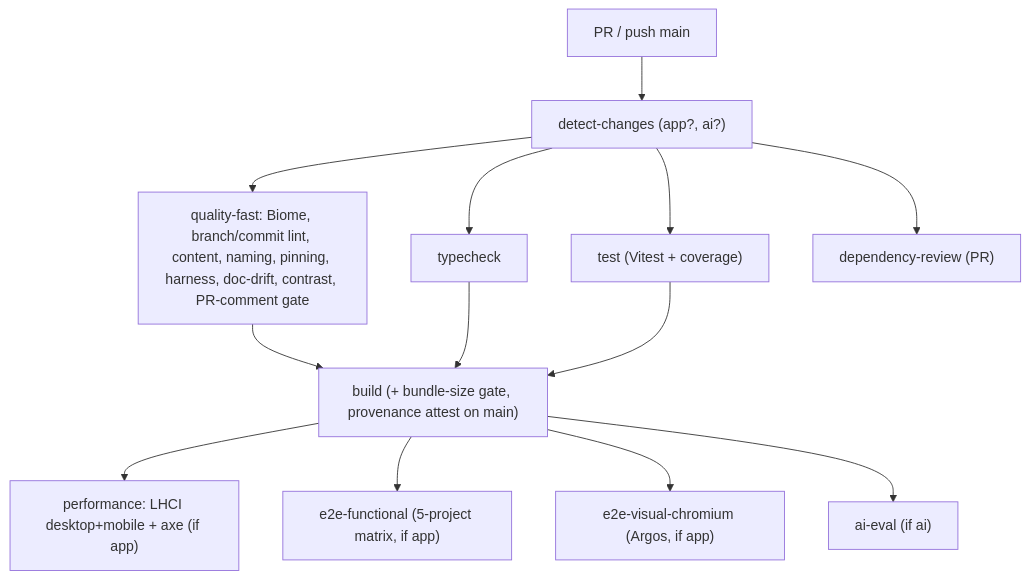
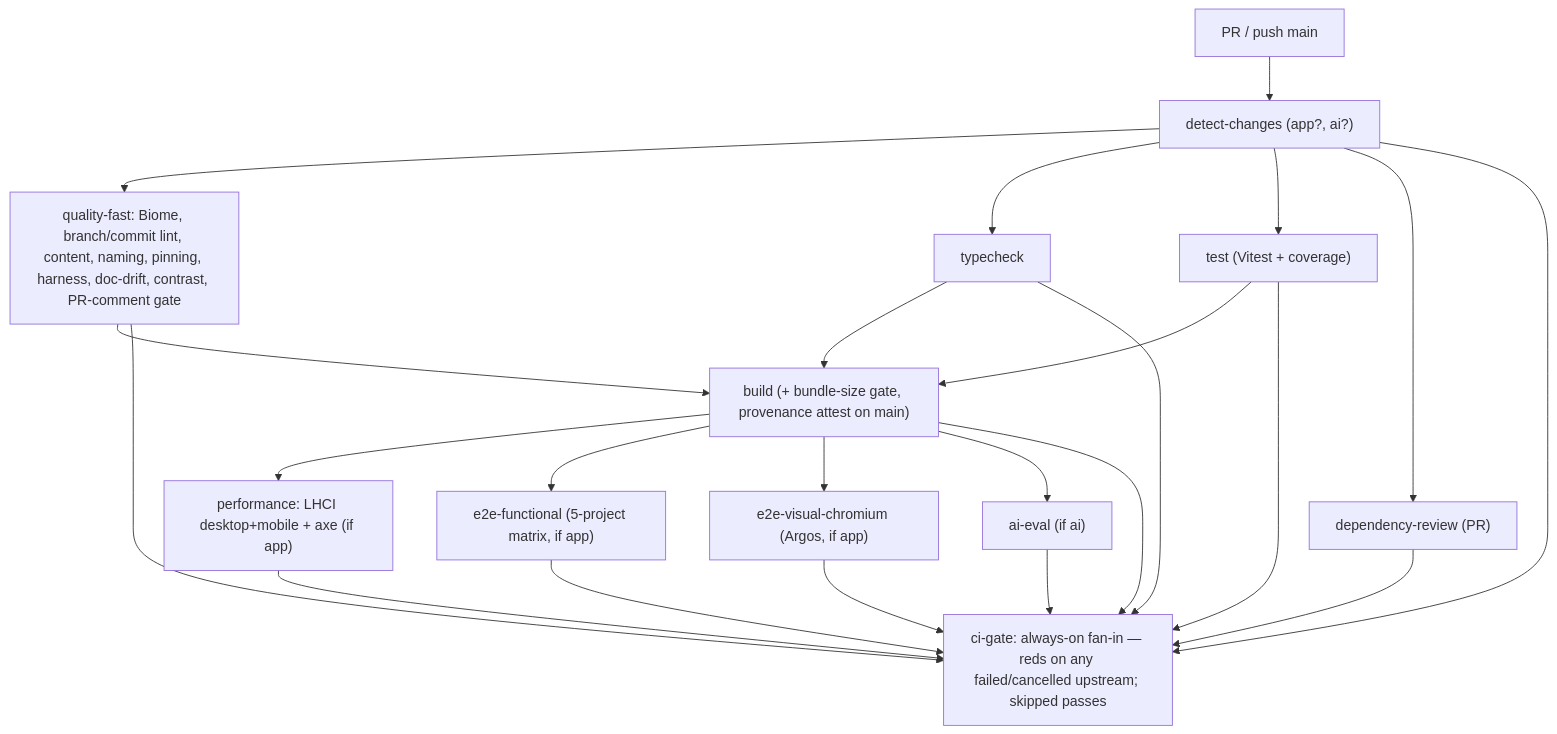
One commit to erikunha/portfolio changed the second of 2 diagrams in docs/07-workflows.md. Above: the diagram before and after it, drawn with Mermaid. The commit also changed other lines of this file and 2 other files, not shown here.

Commit message:
ci(gate): always-reporting ci-gate fan-in for required status checks (#184)

````diff
--- a/docs/07-workflows.md
+++ b/docs/07-workflows.md
@@ -74,15 +74,26 @@
 ```mermaid
 flowchart TD
     pr["PR / push main"] --> dc["detect-changes (app?, ai?)"]
     dc --> qf["quality-fast: Biome, branch/commit lint, content, naming, pinning, harness, doc-drift, contrast, PR-comment gate"]
     dc --> tc["typecheck"]
     dc --> t["test (Vitest + coverage)"]
     dc --> dr["dependency-review (PR)"]
     qf --> b["build (+ bundle-size gate, provenance attest on main)"]
     tc --> b
     t --> b
     b --> perf["performance: LHCI desktop+mobile + axe (if app)"]
     b --> e2e["e2e-functional (5-project matrix, if app)"]
     b --> vis["e2e-visual-chromium (Argos, if app)"]
     b --> ev["ai-eval (if ai)"]
+    dc --> gate
+    qf --> gate
+    tc --> gate
+    t --> gate
+    dr --> gate
+    b --> gate
+    perf --> gate
+    e2e --> gate
+    vis --> gate
+    ev --> gate
+    gate["ci-gate: always-on fan-in — reds on any failed/cancelled upstream; skipped passes"]
 ```
````
